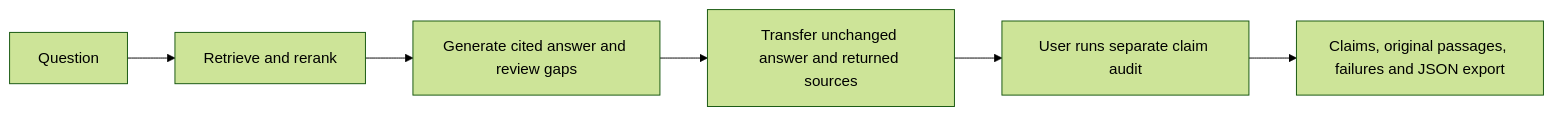
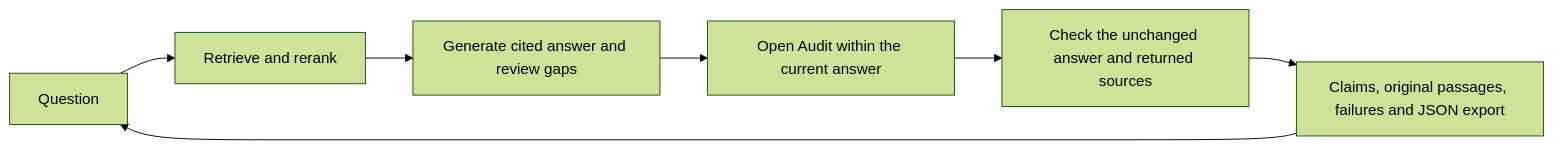
The diagram in README.md (lijingshan-6/VeritasMed), drawn with Mermaid (forest theme) before and after one commit. The commit also changed other lines of this file and 20 other files, not shown here.

````diff
--- a/README.md
+++ b/README.md
@@ -159,8 +182,9 @@
 ```mermaid
 flowchart LR
   Q[Question] --> R[Retrieve and rerank]
   R --> A[Generate cited answer and review gaps]
-  A --> H[Transfer unchanged answer and returned sources]
-  H --> V[User runs separate claim audit]
+  A --> H[Open Audit within the current answer]
+  H --> V[Check the unchanged answer and returned sources]
   V --> U[Claims, original passages, failures and JSON export]
+  U --> Q
 ```
````
